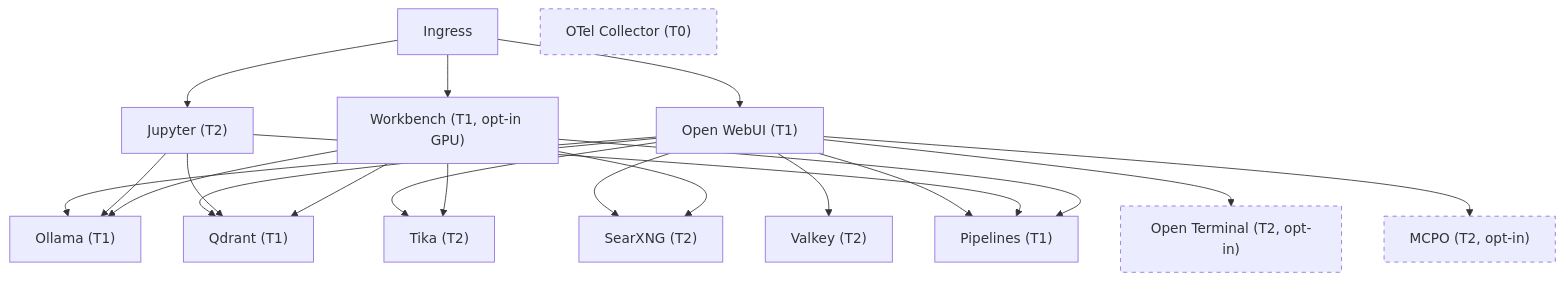
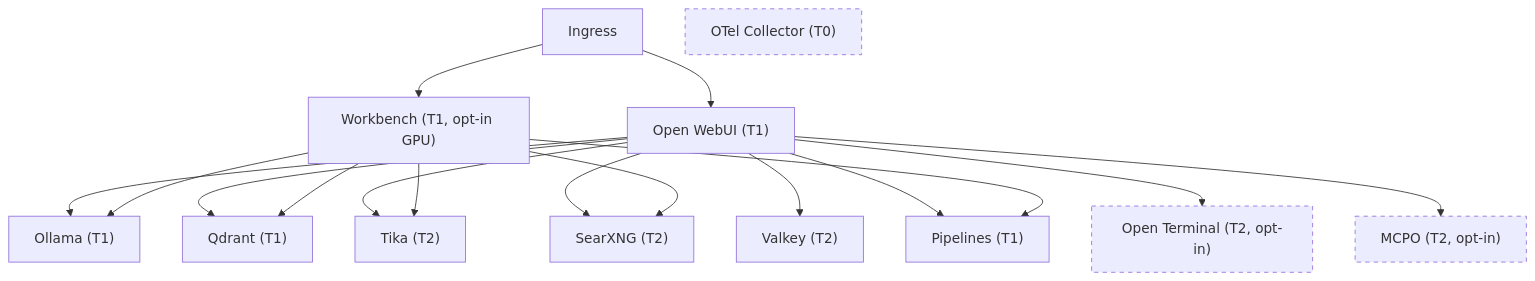
Before and after one commit to rmednitzer/ai-stack: the diagram in README.md, drawn with Mermaid. The commit also changed other lines of this file and 10 other files, not shown here.

````diff
--- a/README.md
+++ b/README.md
@@ -11,32 +11,27 @@
 ```mermaid
 graph TD
   Ingress --> OpenWebUI["Open WebUI (T1)"]
-  Ingress --> Jupyter["Jupyter (T2)"]
   Ingress --> Workbench["Workbench (T1, opt-in GPU)"]
 
   OpenWebUI --> Ollama["Ollama (T1)"]
   OpenWebUI --> Qdrant["Qdrant (T1)"]
   OpenWebUI --> Tika["Tika (T2)"]
   OpenWebUI --> SearXNG["SearXNG (T2)"]
   OpenWebUI --> Valkey["Valkey (T2)"]
   OpenWebUI --> Pipelines["Pipelines (T1)"]
-
-  Jupyter --> Ollama
-  Jupyter --> Qdrant
-  Jupyter --> Pipelines
 
   Workbench --> Ollama
   Workbench --> Qdrant
   Workbench --> Pipelines
   Workbench --> Tika
   Workbench --> SearXNG
 
   OpenWebUI --> OpenTerminal["Open Terminal (T2, opt-in)"]
   OpenWebUI --> MCPO["MCPO (T2, opt-in)"]
 
   OTel["OTel Collector (T0)"]
 
   style OTel stroke-dasharray: 5 5
   style OpenTerminal stroke-dasharray: 5 5
   style MCPO stroke-dasharray: 5 5
 ```
````
